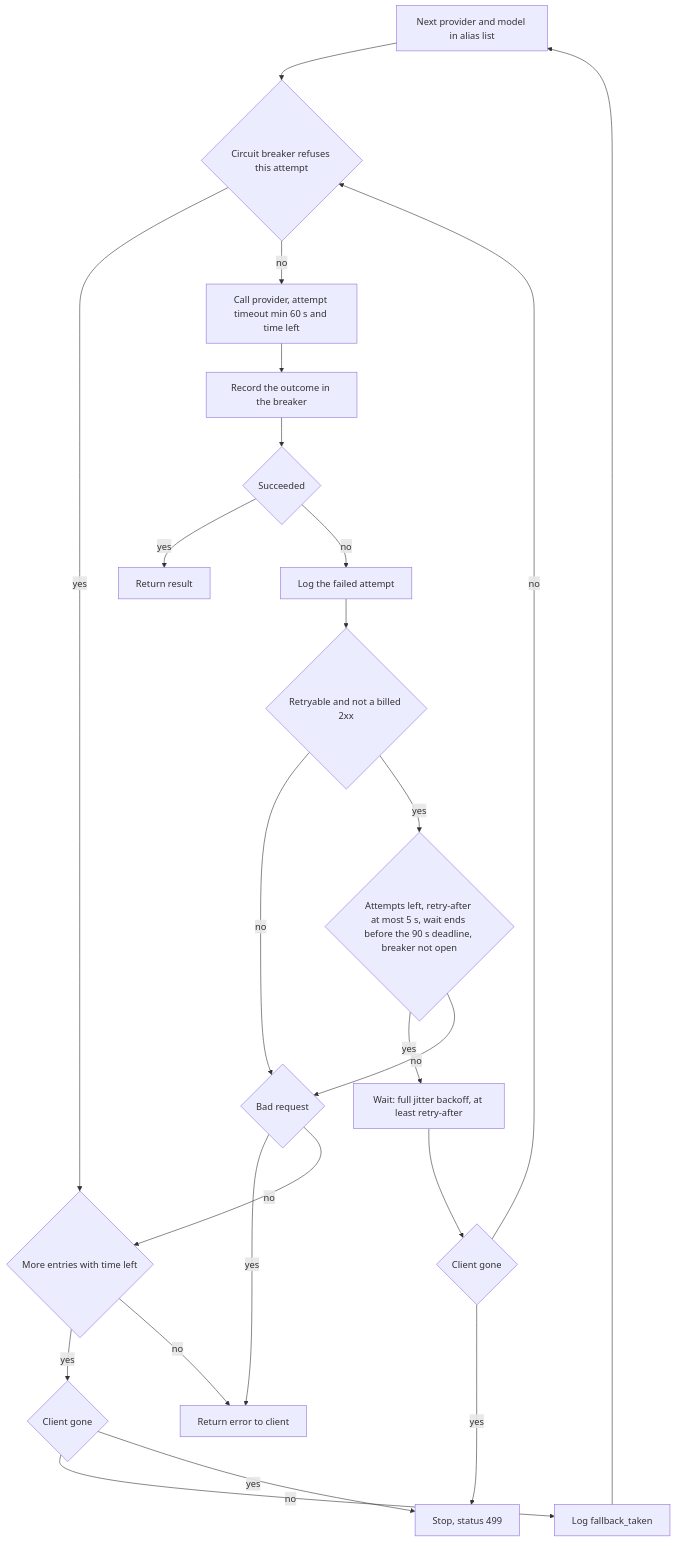
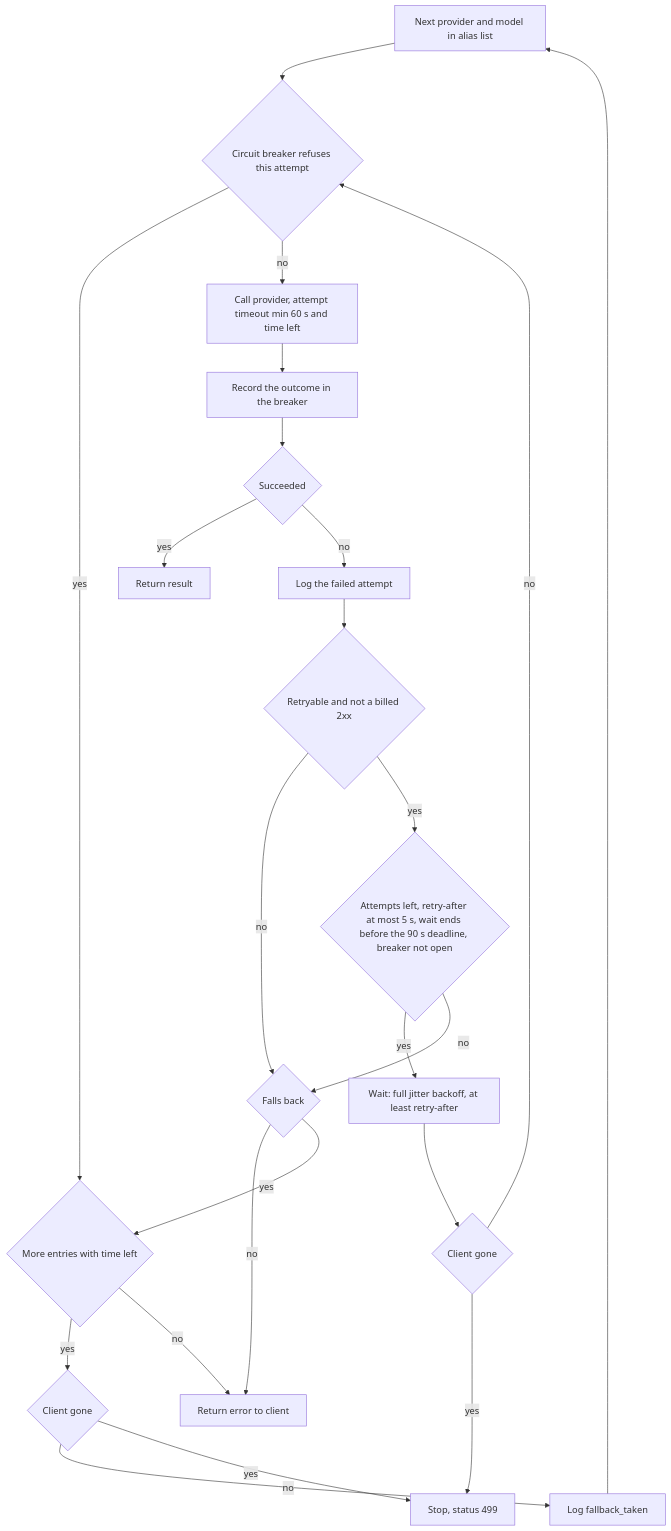
Before and after one commit to Jasmeet-011/LLMGateway: the third of 5 diagrams in FLOW.md, drawn with Mermaid. The commit also changed other lines of this file and 1 other file, not shown here.

Commit message:
docs: settle the M11 spec gaps from the tester
D-061 gets the skip boundary and a corrected Risk, D-062 the check after a
refusal, D-064 the exact number rules. FLOW.md's diagram now matches D-060.

````diff
--- a/FLOW.md
+++ b/FLOW.md
@@ -83,25 +83,25 @@
 ```mermaid
 flowchart TD
     A[Next provider and model in alias list] --> B{Circuit breaker refuses this attempt}
     B -->|yes| N
     B -->|no| C[Call provider, attempt timeout min 60 s and time left]
     C --> RB[Record the outcome in the breaker]
     RB --> D{Succeeded}
     D -->|yes| OK[Return result]
     D -->|no| L[Log the failed attempt]
     L --> E{Retryable and not a billed 2xx}
-    E -->|no| Z{Bad request}
+    E -->|no| Z{Falls back}
     E -->|yes| F{Attempts left, retry-after at most 5 s, wait ends before the 90 s deadline, breaker not open}
     F -->|yes| G[Wait: full jitter backoff, at least retry-after]
     G --> CG{Client gone}
     CG -->|no| B
     CG -->|yes| GONE[Stop, status 499]
     F -->|no| Z
-    Z -->|yes| FAIL[Return error to client]
-    Z -->|no| N{More entries with time left}
+    Z -->|no| FAIL[Return error to client]
+    Z -->|yes| N{More entries with time left}
     N -->|yes| CF{Client gone}
     CF -->|no| FT[Log fallback_taken]
     FT --> A
     CF -->|yes| GONE
     N -->|no| FAIL
 ```
````
